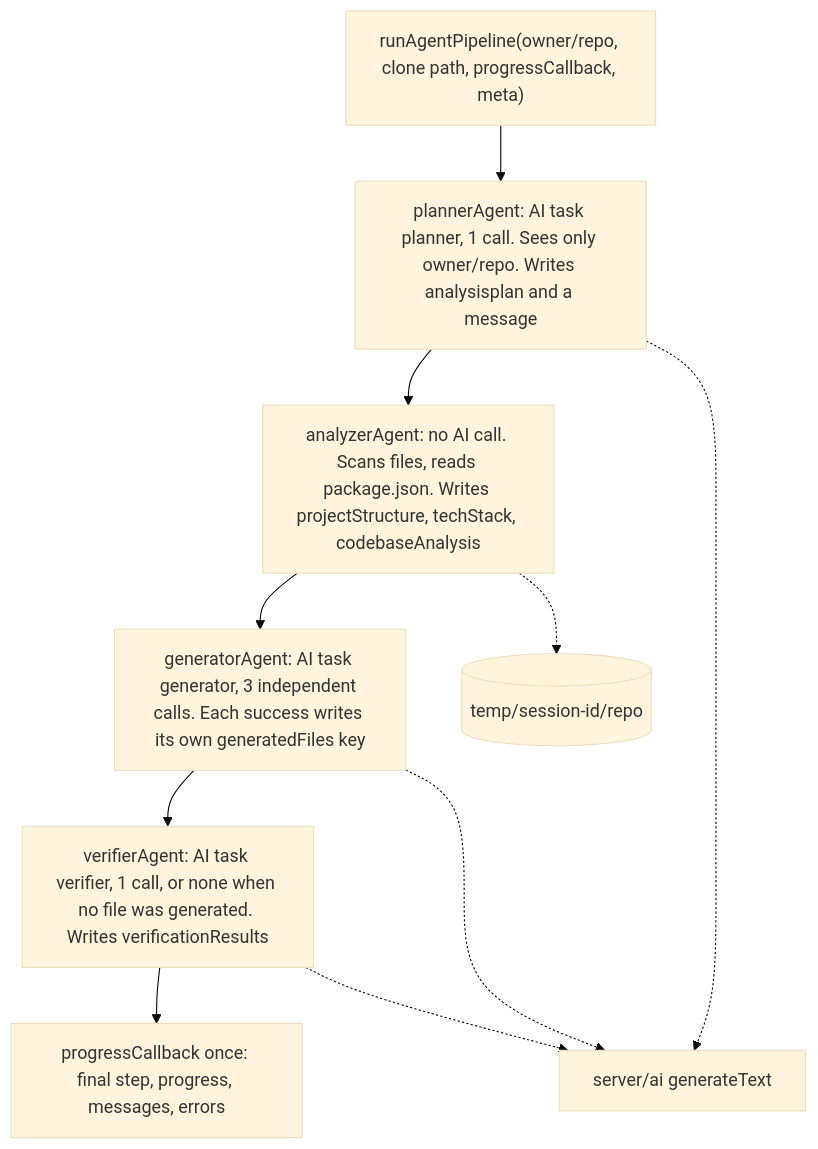
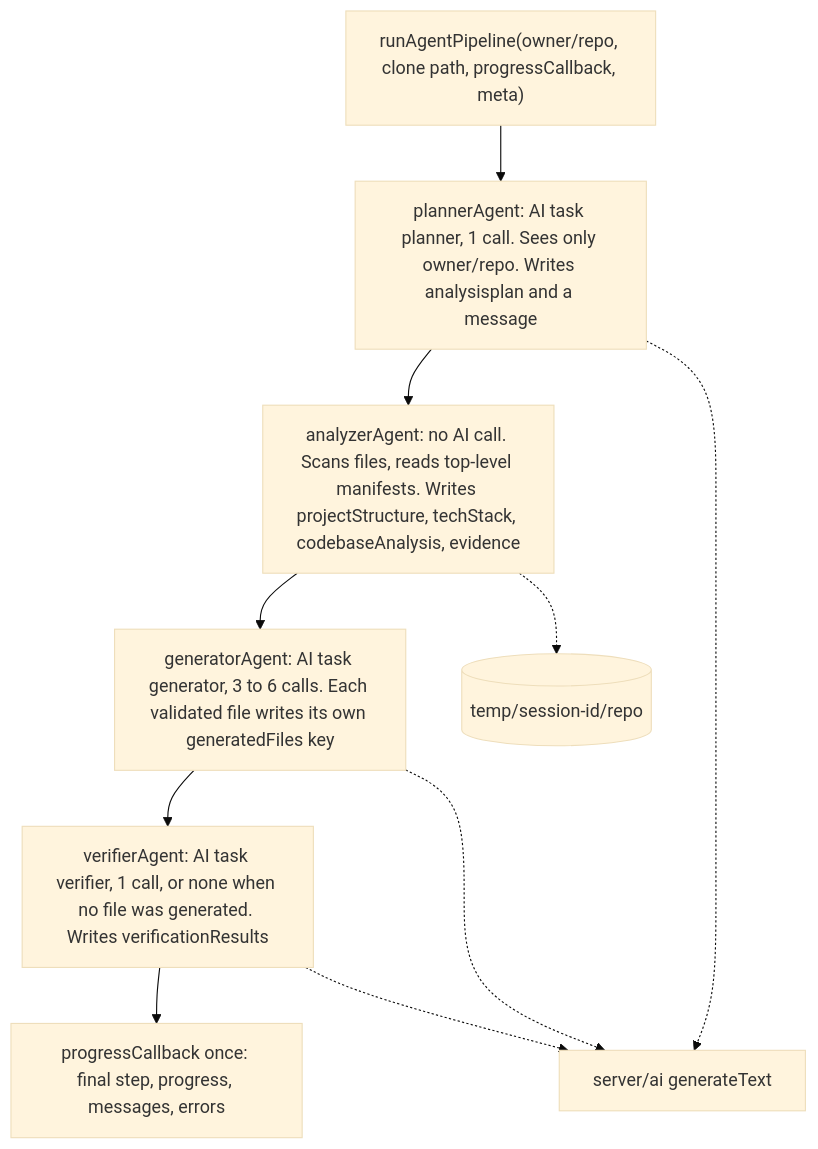
The first of 3 diagrams in README-AI-AGENTS.md (bipul724/InfraMind), drawn with Mermaid (base theme) before and after one commit. The commit also changed other lines of this file and 25 other files, not shown here.

First line of the commit message:
feat(agents): one validated raw file per generator call, grounded prompts, review in the UI

````diff
--- a/README-AI-AGENTS.md
+++ b/README-AI-AGENTS.md
@@ -18,17 +18,17 @@
 ```mermaid
 flowchart TD
     Start["runAgentPipeline(owner/repo, clone path, progressCallback, meta)"]
     Planner["plannerAgent: AI task planner, 1 call. Sees only owner/repo. Writes analysisplan and a message"]
-    Analyzer["analyzerAgent: no AI call. Scans files, reads package.json. Writes projectStructure, techStack, codebaseAnalysis"]
-    Generator["generatorAgent: AI task generator, 3 independent calls. Each success writes its own generatedFiles key"]
+    Analyzer["analyzerAgent: no AI call. Scans files, reads top-level manifests. Writes projectStructure, techStack, codebaseAnalysis, evidence"]
+    Generator["generatorAgent: AI task generator, 3 to 6 calls. Each validated file writes its own generatedFiles key"]
     Verifier["verifierAgent: AI task verifier, 1 call, or none when no file was generated. Writes verificationResults"]
     Report["progressCallback once: final step, progress, messages, errors"]
     AI["server/ai generateText"]
     Files[("temp/session-id/repo")]
 
     Start --> Planner --> Analyzer --> Generator --> Verifier --> Report
     Planner -.-> AI
     Generator -.-> AI
     Verifier -.-> AI
     Analyzer -.-> Files
 ```
````
